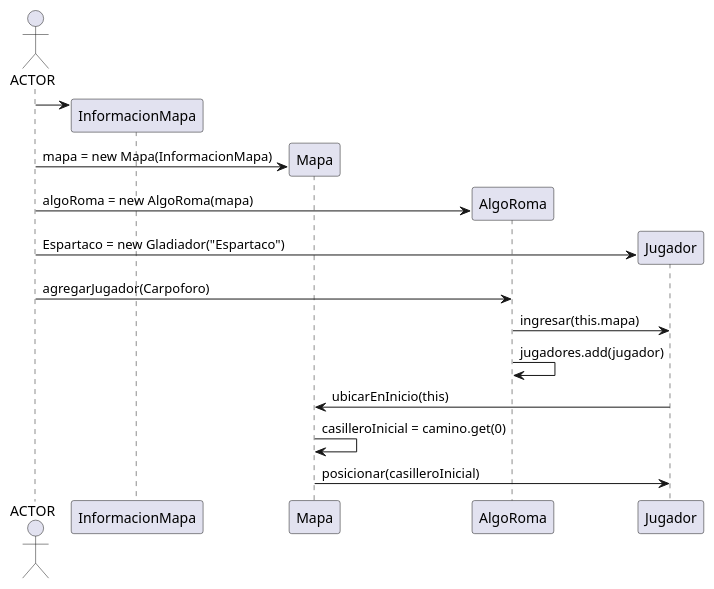
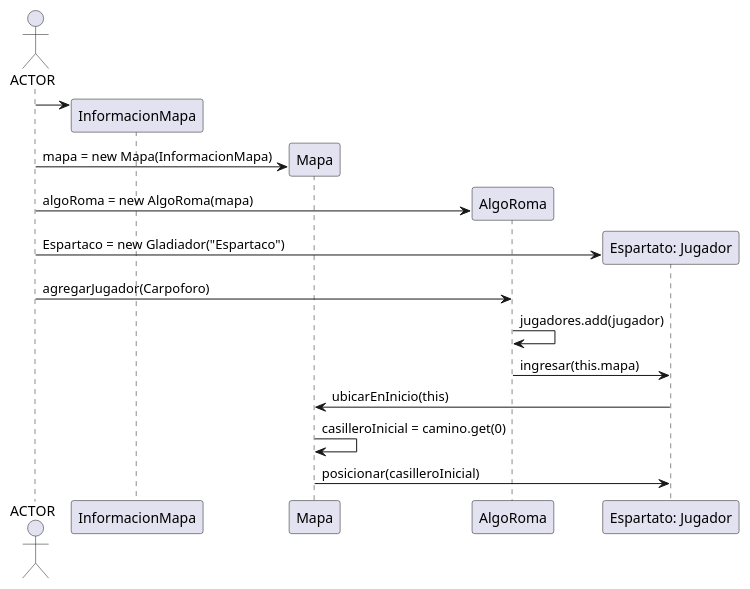
One commit to CrissRMFI/TP2-AlgoIII changed the diagram in diagrams/sequences/005SeCreaUnJugadorYSeAgregaAAlgoRoma.puml. Above: the diagram before and after it, drawn with PlantUML. The commit also changed 16 other files, not shown here.

Commit message:
Agregamos Diagramas de secuencia

```diff
--- a/diagrams/sequences/005SeCreaUnJugadorYSeAgregaAAlgoRoma.puml
+++ b/diagrams/sequences/005SeCreaUnJugadorYSeAgregaAAlgoRoma.puml
@@ -1,23 +1,29 @@
 @startuml
 
 actor ACTOR
+participant InformacionMapa
+participant Mapa
+participant AlgoRoma
+participant Jugador1 as "Espartato: Jugador"
+
 create InformacionMapa
+
 ACTOR -> InformacionMapa
 create Mapa
 ACTOR -> Mapa: mapa = new Mapa(InformacionMapa)
 
-Create AlgoRoma
+create AlgoRoma
 ACTOR -> AlgoRoma: algoRoma = new AlgoRoma(mapa)
 
-create Jugador
-ACTOR -> Jugador: Espartaco = new Gladiador("Espartaco")
+create Jugador1
+ACTOR -> Jugador1: Espartaco = new Gladiador("Espartaco")
 
 ACTOR -> AlgoRoma: agregarJugador(Carpoforo)
-AlgoRoma -> Jugador: ingresar(this.mapa)
 AlgoRoma -> AlgoRoma: jugadores.add(jugador)
+AlgoRoma -> Jugador1: ingresar(this.mapa)
 
-Jugador -> Mapa: ubicarEnInicio(this)
+Jugador1 -> Mapa: ubicarEnInicio(this)
 Mapa -> Mapa: casilleroInicial = camino.get(0)
-Mapa -> Jugador: posicionar(casilleroInicial)
+Mapa -> Jugador1: posicionar(casilleroInicial)
 
 @enduml
```
